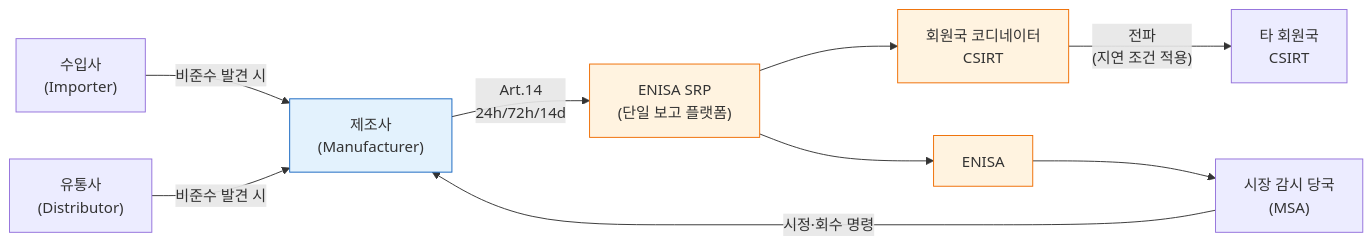
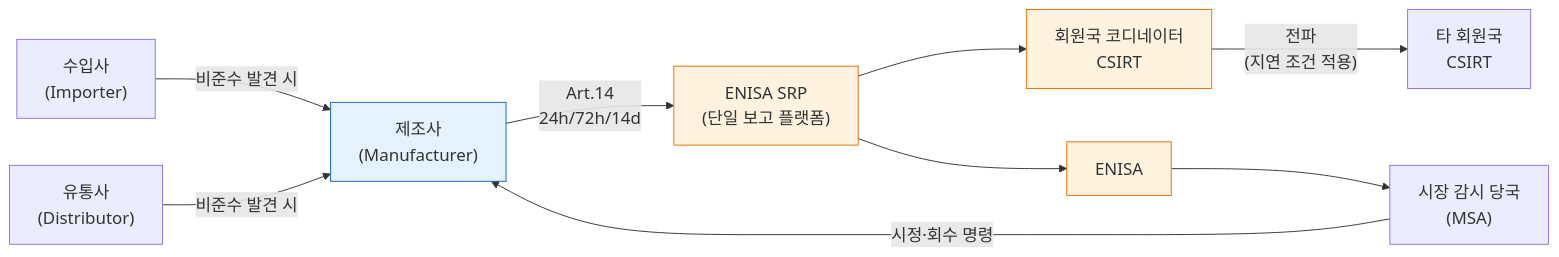
The fourth of 4 diagrams in content/en/research/2026-eu-cra-vulnerability-reporting/_index.md (haksungjang/haksungjang.github.io), drawn with Mermaid before and after one commit. The commit also changed other lines of this file, not shown here.

First line of the commit message:
style(mermaid): timeline → flowchart로 교체, inline init으로 폰트 명시

````diff
--- a/content/en/research/2026-eu-cra-vulnerability-reporting/_index.md
+++ b/content/en/research/2026-eu-cra-vulnerability-reporting/_index.md
@@ -164,25 +168,26 @@
 ```mermaid
+%%{init: {'theme':'default', 'themeVariables': {'fontSize':'18px'}, 'flowchart': {'nodeSpacing': 50, 'rankSpacing': 70}} }%%
 flowchart LR
     M["제조사<br/>(Manufacturer)"]
     I["수입사<br/>(Importer)"]
     D["유통사<br/>(Distributor)"]
     SRP["ENISA SRP<br/>(단일 보고 플랫폼)"]
     CSIRT["회원국 코디네이터<br/>CSIRT"]
     ENISA["ENISA"]
     OTHER_CSIRT["타 회원국<br/>CSIRT"]
     MSA["시장 감시 당국<br/>(MSA)"]
 
     M -->|"Art.14<br/>24h/72h/14d"| SRP
     I -->|"비준수 발견 시"| M
     D -->|"비준수 발견 시"| M
     SRP --> CSIRT
     SRP --> ENISA
     CSIRT -->|"전파<br/>(지연 조건 적용)"| OTHER_CSIRT
     ENISA --> MSA
     MSA -->|"시정·회수 명령"| M
 
     style M fill:#e3f2fd,stroke:#1565c0
     style SRP fill:#fff3e0,stroke:#ef6c00
     style ENISA fill:#fff3e0,stroke:#ef6c00
     style CSIRT fill:#fff3e0,stroke:#ef6c00
 ```
````
